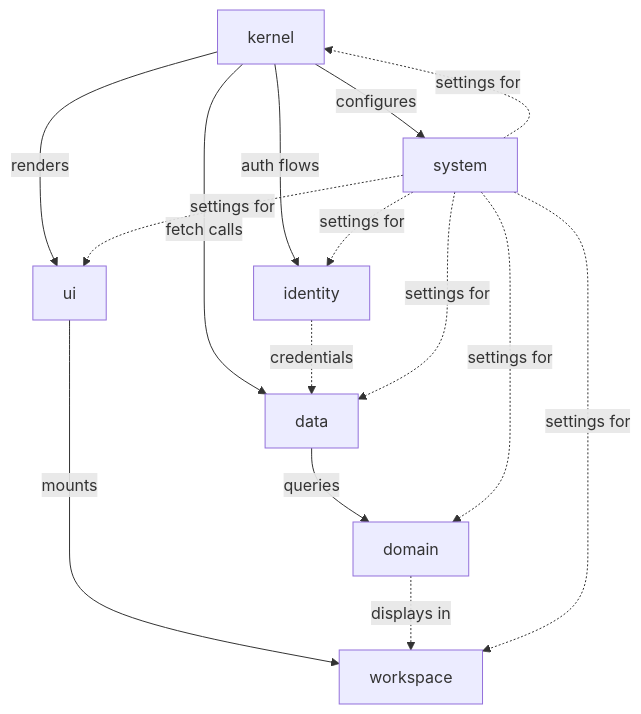
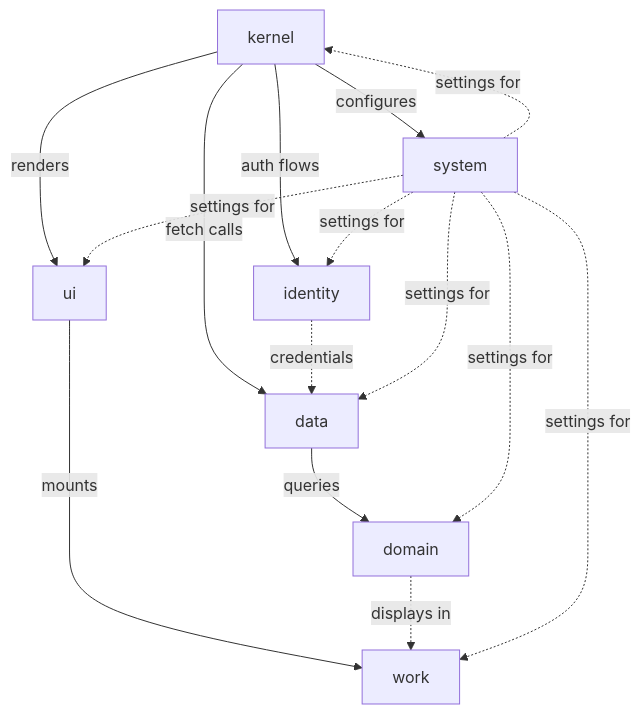
One commit to thealbertyang/work-vscode changed the sixth of 6 diagrams in .claude/docs/app-matrix.md. Above: the diagram before and after it, drawn with Mermaid. The commit also changed other lines of this file and 14 other files, not shown here.

````diff
--- a/.claude/docs/app-matrix.md
+++ b/.claude/docs/app-matrix.md
@@ -466,12 +440,12 @@
 ```mermaid
 graph TD
   K[kernel] -->|auth flows| I[identity]
   K -->|fetch calls| D[data]
   K -->|renders| UI[ui]
   K -->|configures| S[system]
   D -->|queries| DOM[domain]
-  UI -->|mounts| W[workspace]
+  UI -->|mounts| W[work]
   I -.->|credentials| D
   DOM -.->|displays in| W
   S -.->|settings for| K & I & D & DOM & UI & W
 ```
````
